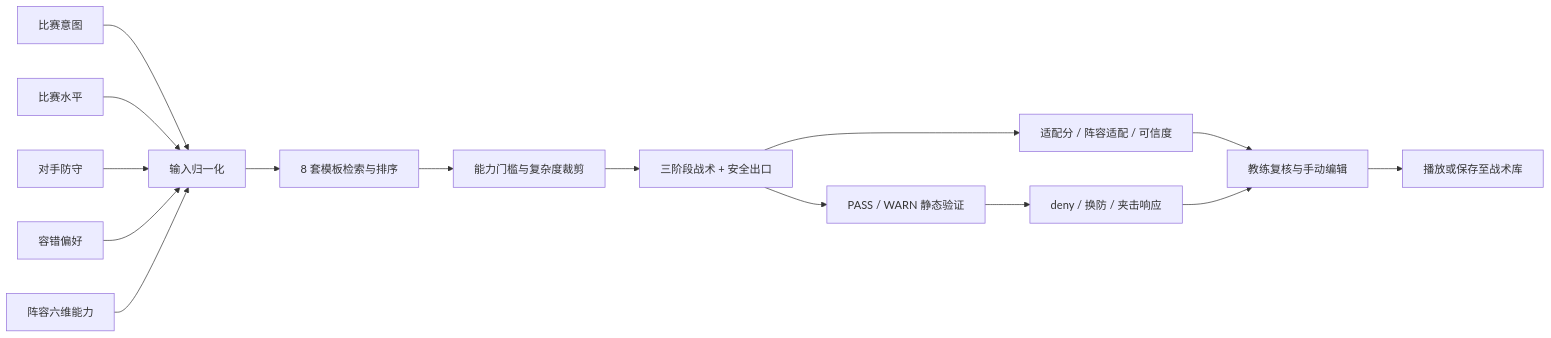
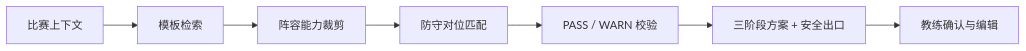
One commit to Rockyjcl1227/lele-ai-basketball-tactics changed the diagram in README.md. Above: the diagram before and after it, drawn with Mermaid. The commit also changed other lines of this file and 7 other files, not shown here.

````diff
--- a/README.md
+++ b/README.md
@@ -73,17 +57,9 @@
 ```mermaid
 flowchart LR
-    A[比赛意图] --> F[输入归一化]
-    B[比赛水平] --> F
-    C[对手防守] --> F
-    D[容错偏好] --> F
-    E[阵容六维能力] --> F
-    F --> G[8 套模板检索与排序]
-    G --> H[能力门槛与复杂度裁剪]
-    H --> I[三阶段战术 + 安全出口]
-    I --> J[适配分 / 阵容适配 / 可信度]
-    I --> K[PASS / WARN 静态验证]
-    K --> L[deny / 换防 / 夹击响应]
-    J --> M[教练复核与手动编辑]
-    L --> M
-    M --> N[播放或保存至战术库]
+    A[比赛上下文] --> B[模板检索]
+    B --> C[阵容能力裁剪]
+    C --> D[防守对位匹配]
+    D --> E[PASS / WARN 校验]
+    E --> F[三阶段方案 + 安全出口]
+    F --> G[教练确认与编辑]
 ```
````
